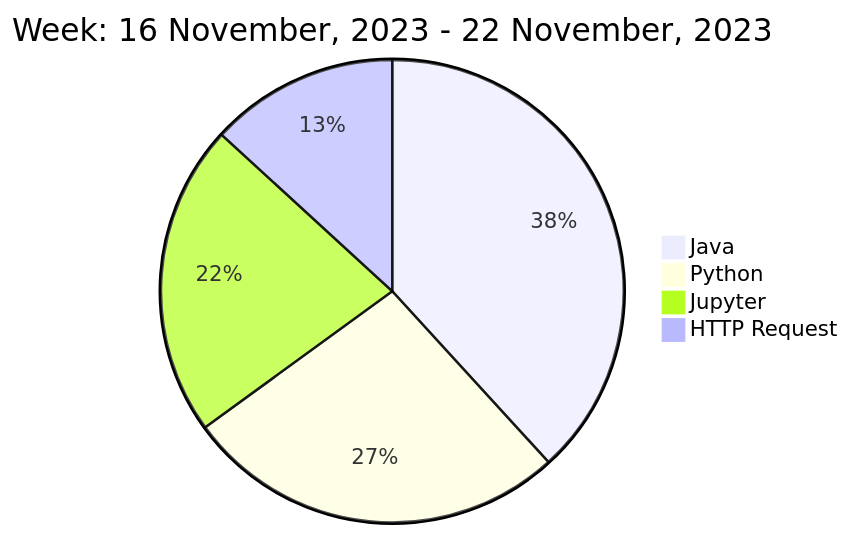
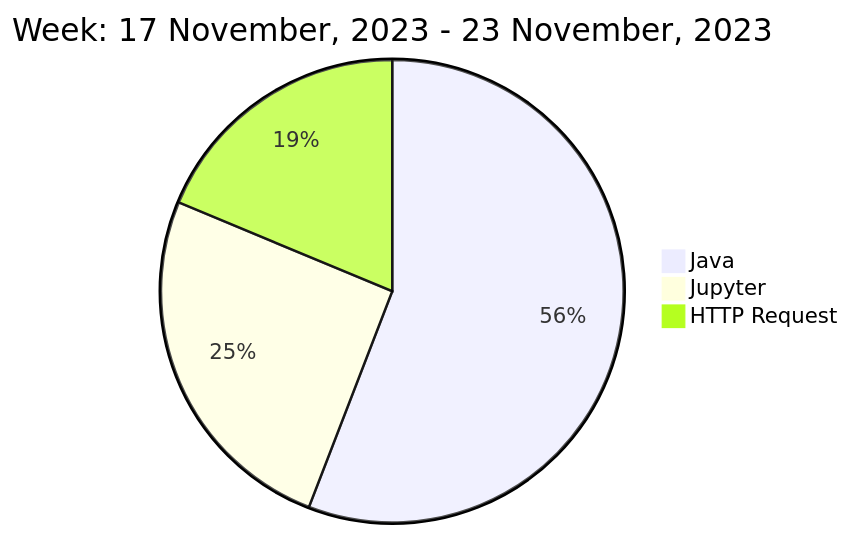
One commit to liubin95/liubin95 changed the diagram in README.md. Above: the diagram before and after it, drawn with Mermaid.

Commit message:
Updated the Graph with new Metrics

````diff
--- a/README.md
+++ b/README.md
@@ -37,8 +37,7 @@
 ```mermaid
  pie
-title Week: 16 November, 2023 - 22 November, 2023
- "Java" : 4.78
- "Python" : 3.35
- "Jupyter" : 2.73
- "HTTP Request" : 1.65
+title Week: 17 November, 2023 - 23 November, 2023
+ "Java" : 5.43
+ "Jupyter" : 2.47
+ "HTTP Request" : 1.82
 ```
````
